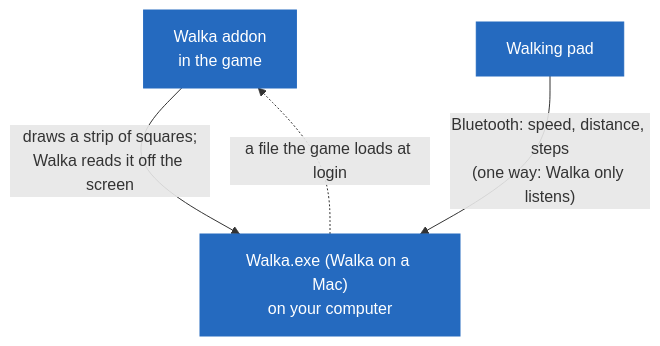
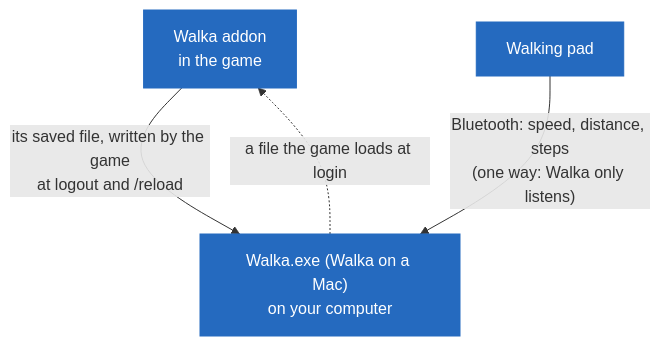
Before and after one commit to AntonyPerez0/walka-addon: the diagram in docs/HOW-IT-WORKS.md, drawn with Mermaid. The commit also changed other lines of this file and 107 other files, not shown here.

````diff
--- a/docs/HOW-IT-WORKS.md
+++ b/docs/HOW-IT-WORKS.md
@@ -38,8 +38,8 @@
 ```mermaid
 flowchart TB
-  addon["Walka addon<br/>in the game"] -- "draws a strip of squares;<br/>Walka reads it off the screen" --> exe["Walka.exe (Walka on a Mac)<br/>on your computer"]
+  addon["Walka addon<br/>in the game"] -- "its saved file, written by the game<br/>at logout and /reload" --> exe["Walka.exe (Walka on a Mac)<br/>on your computer"]
   pad["Walking pad"] -- "Bluetooth: speed, distance, steps<br/>(one way: Walka only listens)" --> exe
   exe -. "a file the game loads at login" .-> addon
   classDef box fill:#256abf,stroke:#256abf,color:#ffffff
   class addon,exe,pad box
 ```
````
